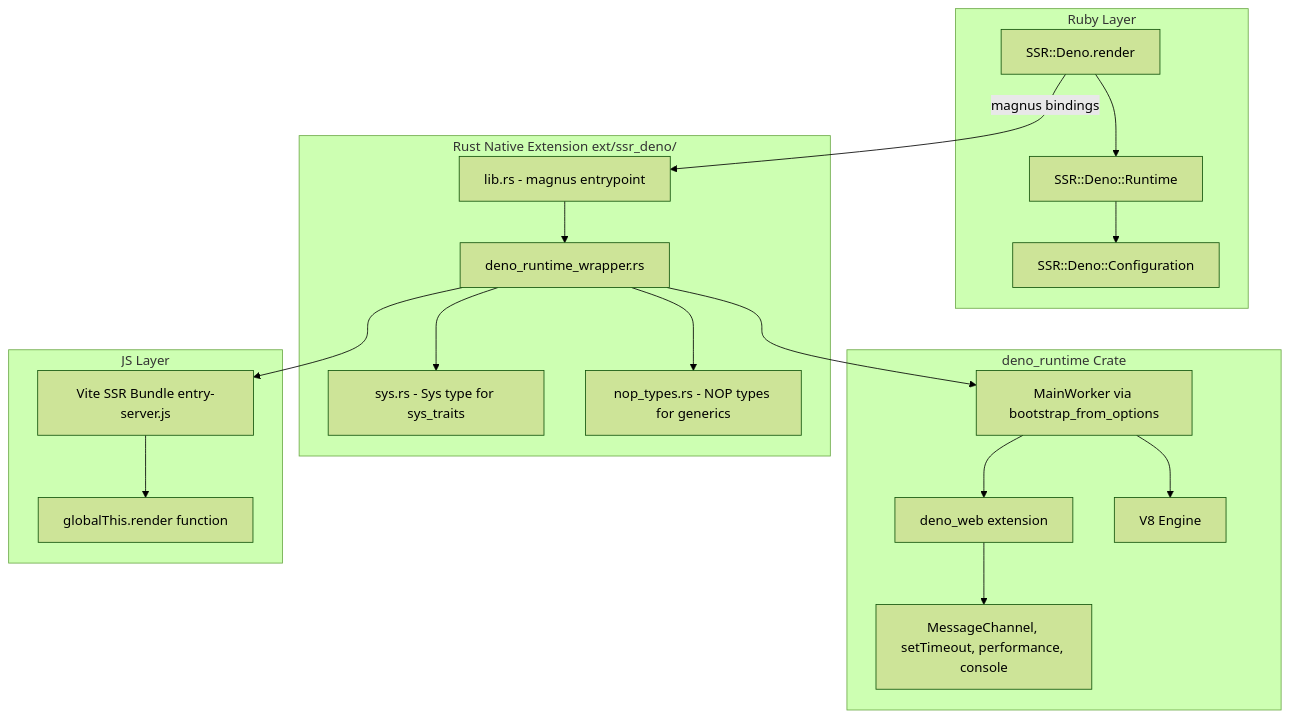
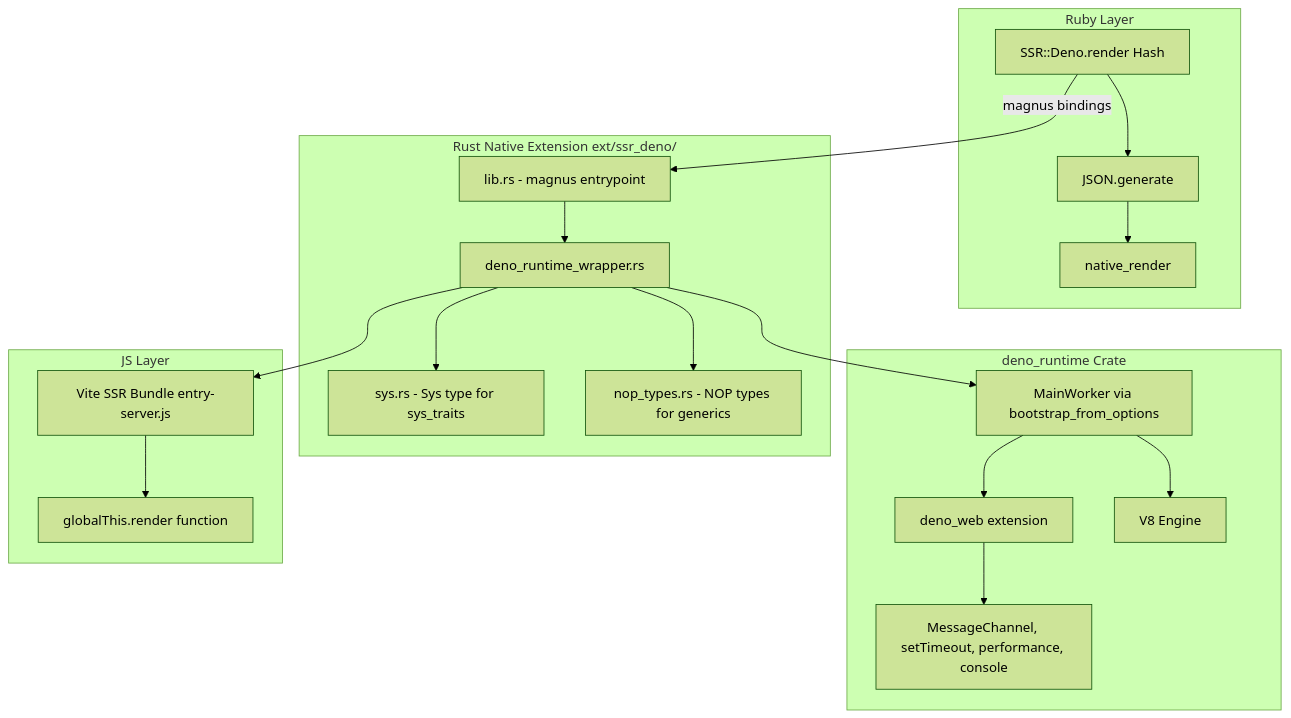
Before and after one commit to mdesantis/ssr-deno: the third of 3 diagrams in plans/architecture.md, drawn with Mermaid (forest theme). The commit also changed other lines of this file and 2 other files, not shown here.

Commit message:
refactor: update README and architecture documentation for clarity and accuracy

````diff
--- a/plans/architecture.md
+++ b/plans/architecture.md
@@ -52,26 +52,26 @@
 ```mermaid
 flowchart TD
     subgraph Ruby Layer
-        R1[SSR::Deno.render] --> R2[SSR::Deno::Runtime]
-        R2 --> R3[SSR::Deno::Configuration]
+        R1[SSR::Deno.render Hash] --> R1b[JSON.generate]
+        R1b --> R1c[native_render]
     end
 
     subgraph Rust Native Extension ext/ssr_deno/
         R1 -->|magnus bindings| M1[lib.rs - magnus entrypoint]
         M1 --> M2[deno_runtime_wrapper.rs]
         M2 --> M3[sys.rs - Sys type for sys_traits]
         M2 --> M4[nop_types.rs - NOP types for generics]
     end
 
     subgraph deno_runtime Crate
         M2 --> D1[MainWorker via bootstrap_from_options]
         D1 --> D2[deno_web extension]
         D2 --> D3[MessageChannel, setTimeout, performance, console]
         D1 --> D4[V8 Engine]
     end
 
     subgraph JS Layer
         M2 --> J1[Vite SSR Bundle entry-server.js]
         J1 --> J2[globalThis.render function]
     end
 ```
````
